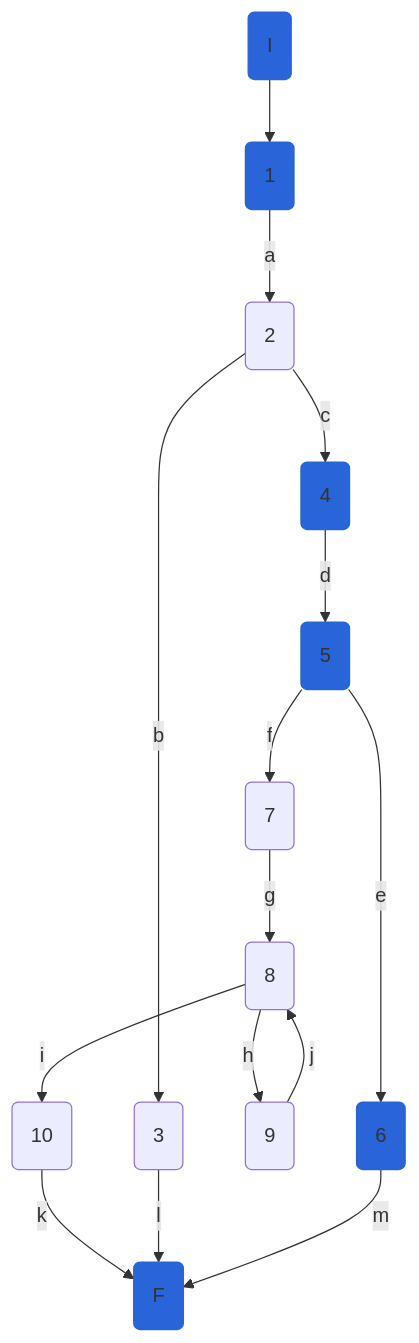
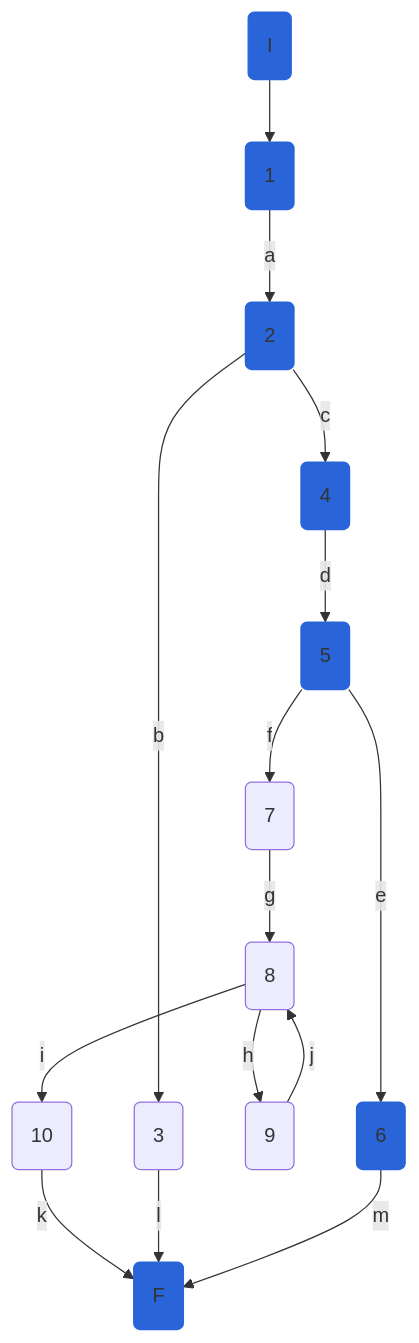
Before and after one commit to tiaraRS/CALIDAD-practica2-PruebasDeUnidad-AhtletesAPI-UNIT-TESTING: diagram 19 of 35 in InformePractica2/tcDiego/tcDiego.md, drawn with Mermaid. The commit also changed other lines of this file and 1 other file, not shown here.

Commit message:
Diego graph correction

````diff
--- a/InformePractica2/tcDiego/tcDiego.md
+++ b/InformePractica2/tcDiego/tcDiego.md
@@ -970,18 +970,18 @@
 ```mermaid
 graph TD
     I(I):::c2 --> 1(1):::c2
-    1 --a--> 2(2)
+    1 --a--> 2(2):::c2
     2 --b--> 3(3)
     2 --c--> 4(4):::c2
     4 --d--> 5(5):::c2
     5 --e--> 6(6):::c2
     5 --f--> 7(7)
     7 --g--> 8(8)
     8 --h--> 9(9)
     8 --i--> 10(10)
     9 --j--> 8(8)
     10 --k--> F(F)
     3 --l--> F(F)
     6 --m--> F(F):::c2
 classDef c2 fill:#2964D9, stroke:#2964D9;
 ```
````
